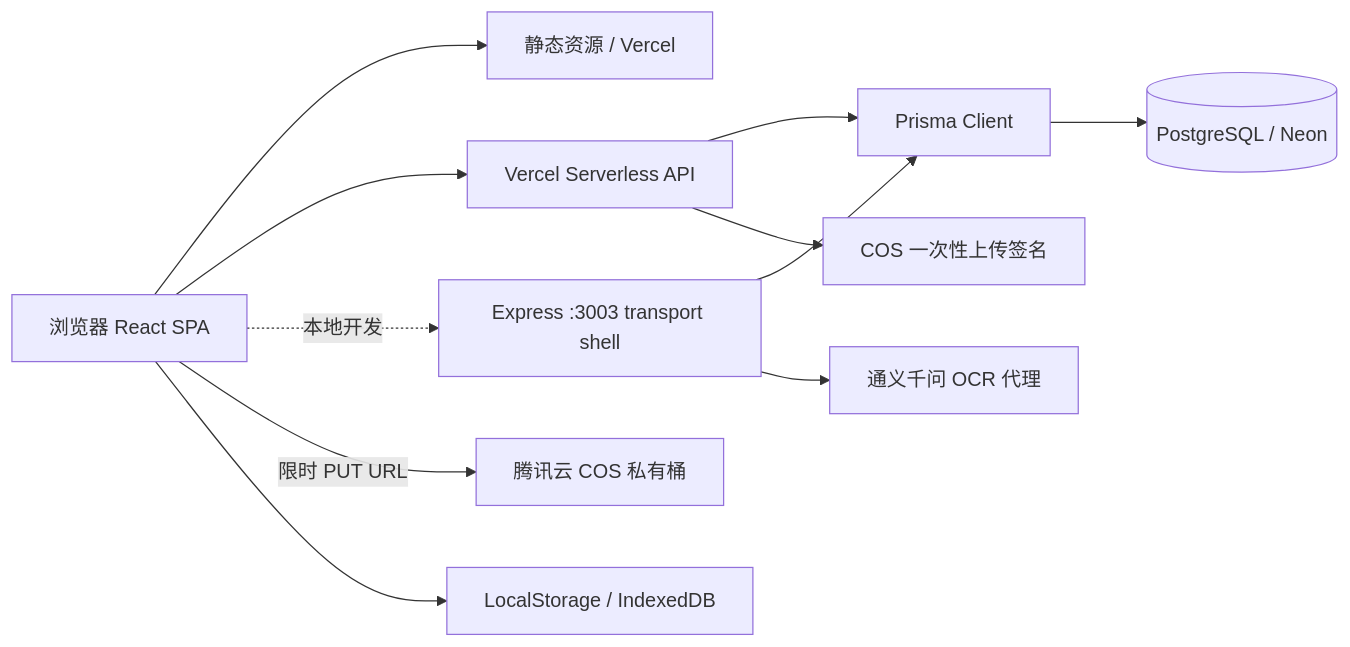
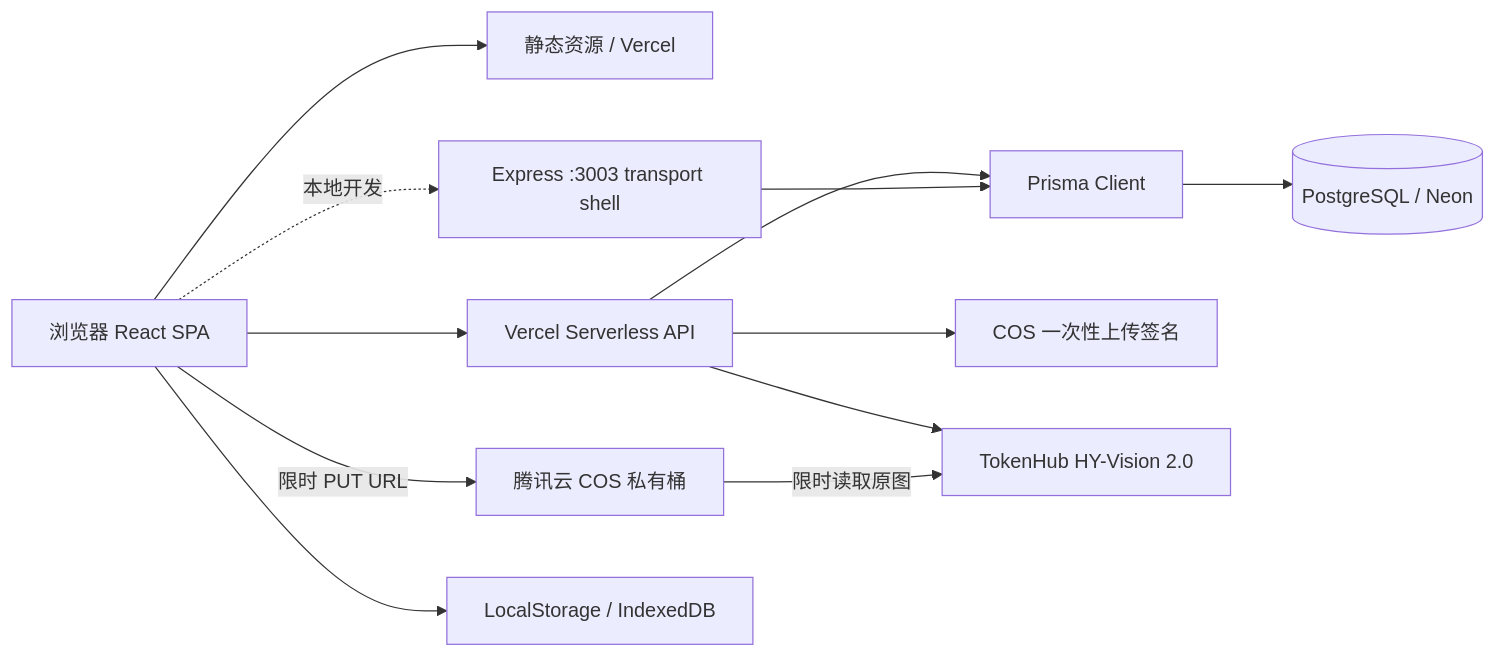
Before and after one commit to yipengmu/family_tree: the diagram in README.md, drawn with Mermaid. The commit also changed other lines of this file and 32 other files, not shown here.

Commit message:
feat: 替换传统OCR为TokenHub图片解析并增加父系引导

````diff
--- a/README.md
+++ b/README.md
@@ -47,13 +47,14 @@
 ```mermaid
 flowchart LR
   U[浏览器 React SPA] --> V[静态资源 / Vercel]
   U --> A[Vercel Serverless API]
   U -.本地开发.-> E[Express :3003 transport shell]
   A --> P[Prisma Client]
   P --> D[(PostgreSQL / Neon)]
   E --> P
-  E --> Q[通义千问 OCR 代理]
   A --> S[COS 一次性上传签名]
   U -->|限时 PUT URL| O[腾讯云 COS 私有桶]
+  A --> H[TokenHub HY-Vision 2.0]
+  O -->|限时读取原图| H
   U --> C[LocalStorage / IndexedDB]
 ```
````
